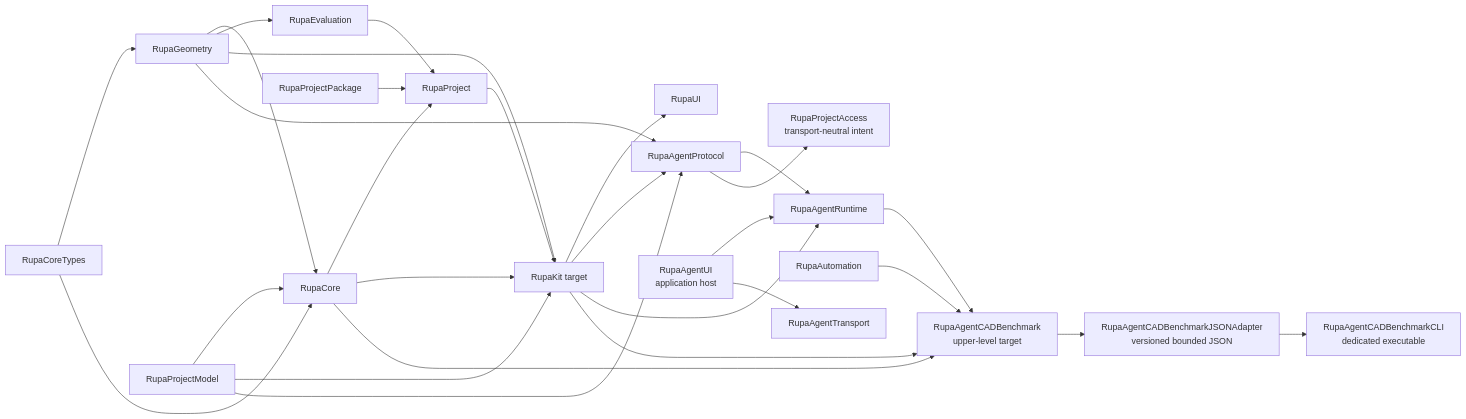
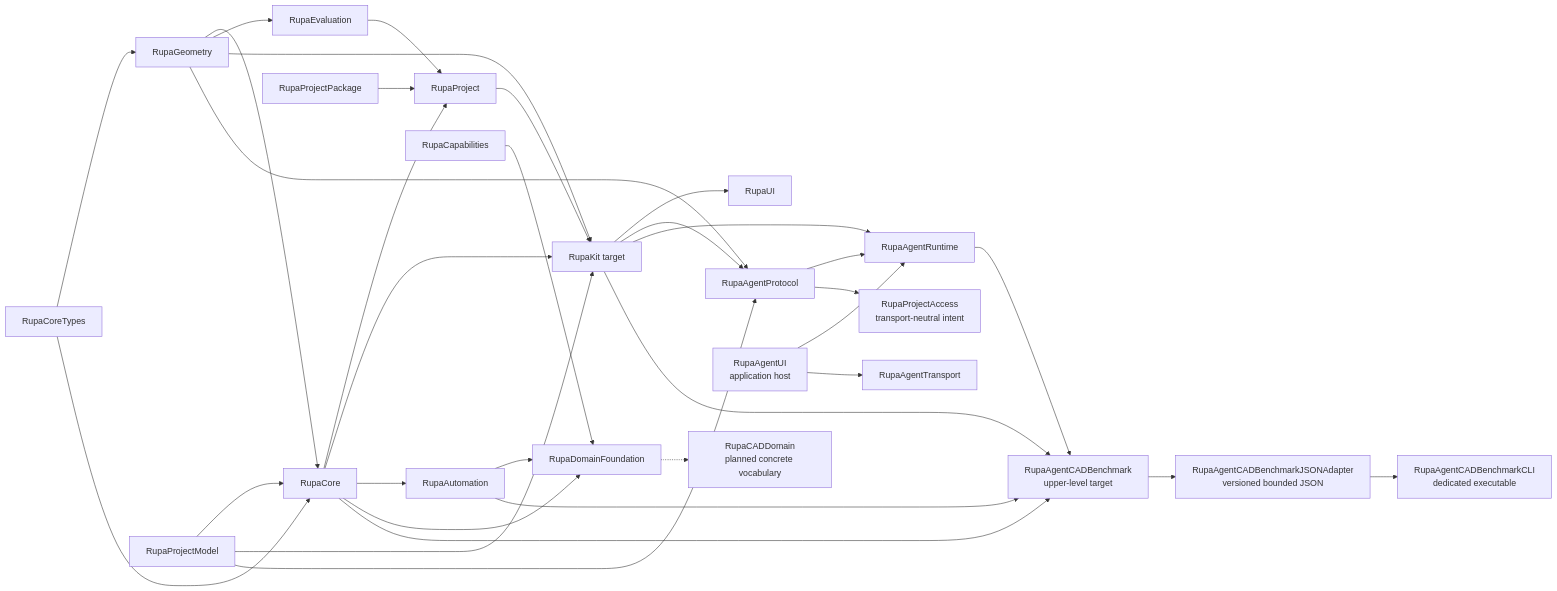
Before and after one commit to 1amageek/Rupa: the first of 2 diagrams in RupaKit/DESIGN.md, drawn with Mermaid. The commit also changed other lines of this file and 17 other files, not shown here.

````diff
--- a/RupaKit/DESIGN.md
+++ b/RupaKit/DESIGN.md
@@ -64,30 +100,35 @@
 ```mermaid
 flowchart LR
     CoreTypes[RupaCoreTypes] --> Geometry[RupaGeometry]
     CoreTypes --> Core[RupaCore]
     Geometry --> Core
     ProjectModel[RupaProjectModel] --> Core
     Core --> Project[RupaProject]
     Evaluation[RupaEvaluation] --> Project
     Package[RupaProjectPackage] --> Project
     Geometry --> Evaluation
     Project --> Kit[RupaKit target]
     Core --> Kit
     Geometry --> Kit
     ProjectModel --> Kit
     Kit --> UI["RupaUI"]
     Kit --> AgentProtocol[RupaAgentProtocol]
     Geometry --> AgentProtocol
     ProjectModel --> AgentProtocol
+    Automation[RupaAutomation] --> DomainFoundation[RupaDomainFoundation]
+    Core --> Automation
+    Core --> DomainFoundation
+    Capabilities[RupaCapabilities] --> DomainFoundation
+    DomainFoundation -.-> PlannedCAD["RupaCADDomain\nplanned concrete vocabulary"]
     AgentProtocol --> AgentRuntime[RupaAgentRuntime]
     Kit --> AgentRuntime
     AgentUI[RupaAgentUI\napplication host] --> AgentRuntime
     AgentUI --> AgentTransport[RupaAgentTransport]
     AgentRuntime --> Benchmark["RupaAgentCADBenchmark\nupper-level target"]
     Core --> Benchmark
-    Automation[RupaAutomation] --> Benchmark
+    Automation --> Benchmark
     Kit --> Benchmark
     Benchmark --> JSONAdapter["RupaAgentCADBenchmarkJSONAdapter\nversioned bounded JSON"]
     JSONAdapter --> BenchmarkCLI["RupaAgentCADBenchmarkCLI\ndedicated executable"]
     AgentProtocol --> Access["RupaProjectAccess\ntransport-neutral intent"]
 ```
````
